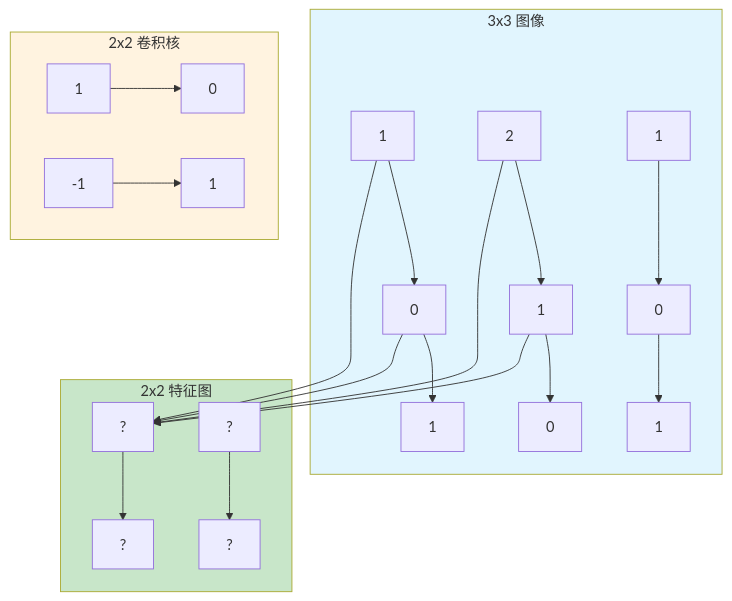
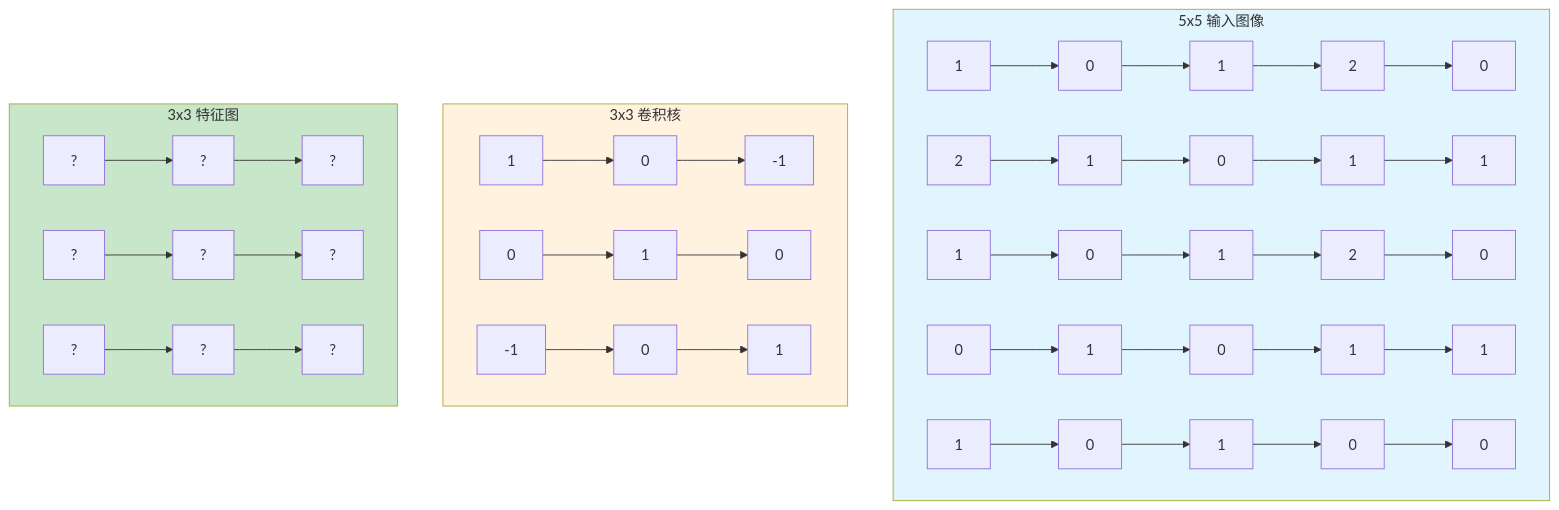
The first of 2 diagrams in docs/03-cnn.md (doge-liang/from-function-to-transformer), drawn with Mermaid before and after one commit. The commit also changed other lines of this file, not shown here.

````diff
--- a/docs/03-cnn.md
+++ b/docs/03-cnn.md
@@ -24,27 +106,26 @@
 ```mermaid
-graph TB
-    subgraph 输入图像["3x3 图像"]
-    i1[1] --> i2[0] --> i3[1]
-    i4[2] --> i5[1] --> i6[0]
-    i7[1] --> i8[0] --> i9[1]
+flowchart TB
+    subgraph 输入["5x5 输入图像"]
+    i1[1] --> i2[0] --> i3[1] --> i4[2] --> i5[0]
+    i6[2] --> i7[1] --> i8[0] --> i9[1] --> i10[1]
+    i11[1] --> i12[0] --> i13[1] --> i14[2] --> i15[0]
+    i16[0] --> i17[1] --> i18[0] --> i19[1] --> i20[1]
+    i21[1] --> i22[0] --> i23[1] --> i24[0] --> i25[0]
     end
 
-    subgraph 卷积核["2x2 卷积核"]
-    k1[1] --> k2[0]
-    k3[-1] --> k4[1]
+    subgraph 卷积核["3x3 卷积核"]
+    k1[1] --> k2[0] --> k3[-1]
+    k4[0] --> k5[1] --> k6[0]
+    k7[-1] --> k8[0] --> k9[1]
     end
 
-    subgraph 输出["2x2 特征图"]
-    o1[?] --> o2[?]
-    o3[?] --> o4[?]
+    subgraph 输出["3x3 特征图"]
+    o1[?] --> o2[?] --> o3[?]
+    o4[?] --> o5[?] --> o6[?]
+    o7[?] --> o8[?] --> o9[?]
     end
 
-    i1 --> o1
-    i2 --> o1
-    i4 --> o1
-    i5 --> o1
-
-    style 输入图像 fill:#e1f5fe
+    style 输入 fill:#e1f5fe
     style 卷积核 fill:#fff3e0
     style 输出 fill:#c8e6c9
 ```
````
